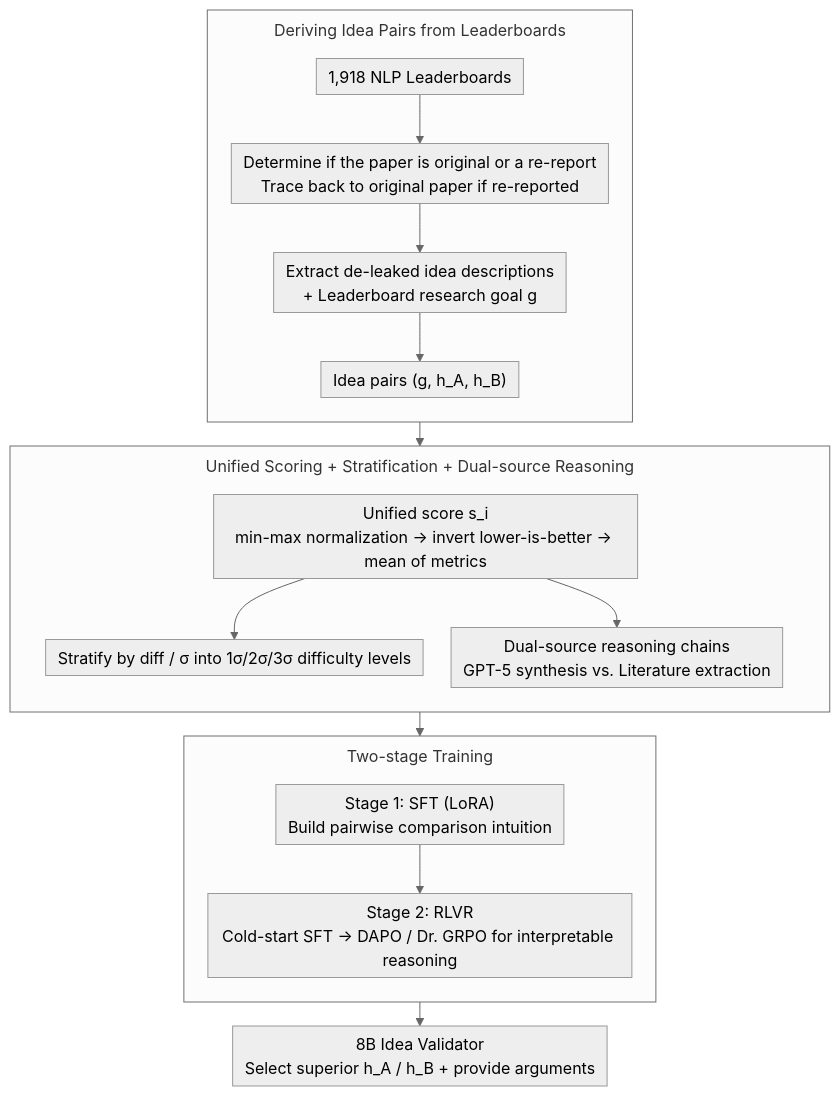
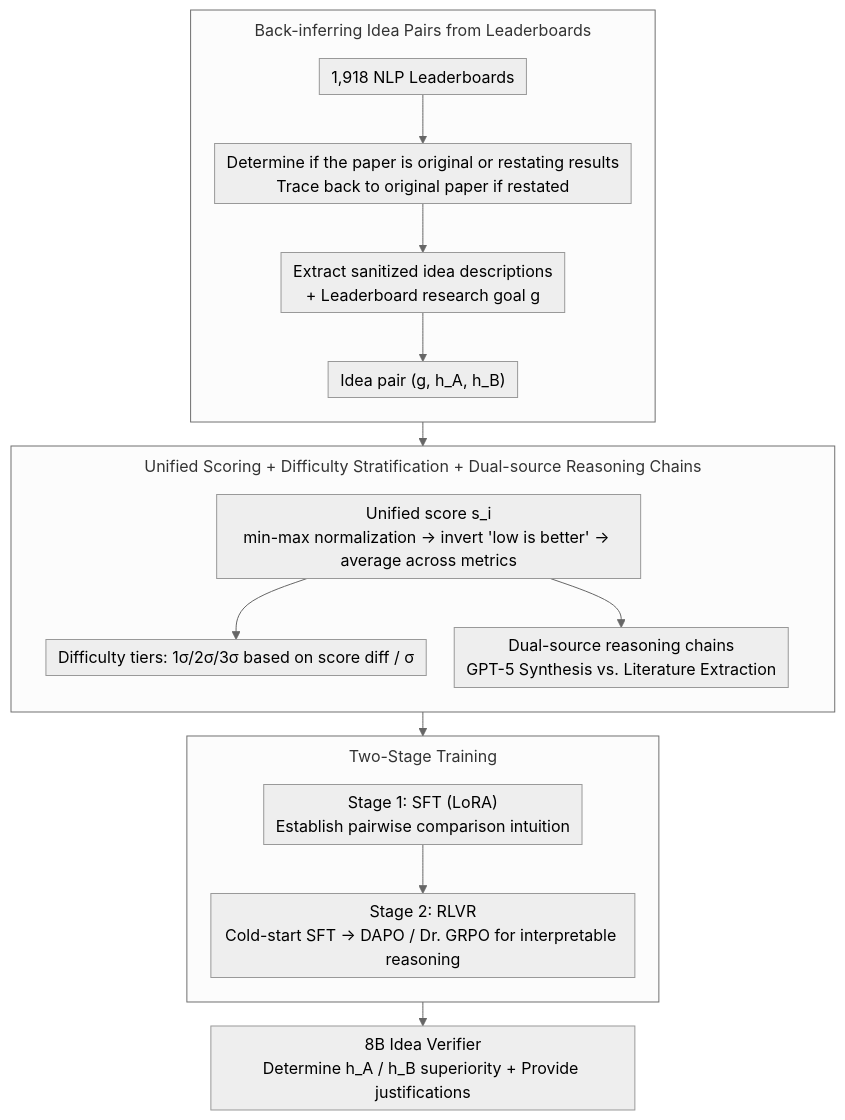
Before and after one commit to zhaoyang97/Paper-Notes-en: the diagram in docs/ACL2026/llm_evaluation/teaching_language_models_to_forecast_research_success_through_comparative_idea_e.md, drawn with Mermaid (neutral theme). The commit also changed other lines of this file and 5084 other files, not shown here.

````diff
--- a/docs/ACL2026/llm_evaluation/teaching_language_models_to_forecast_research_success_through_comparative_idea_e.md
+++ b/docs/ACL2026/llm_evaluation/teaching_language_models_to_forecast_research_success_through_comparative_idea_e.md
@@ -44,22 +44,22 @@
 ```mermaid
 %%{init: {'flowchart': {'rankSpacing': 24, 'nodeSpacing': 28, 'padding': 6, 'wrappingWidth': 400, 'subGraphTitleMargin': {'top': 8, 'bottom': 16}}}}%%
 flowchart TD
-    subgraph DATA["Deriving Idea Pairs from Leaderboards"]
+    subgraph DATA["Back-inferring Idea Pairs from Leaderboards"]
         direction TB
-        A["1,918 NLP Leaderboards"] --> B["Determine if the paper is original or a re-report<br/>Trace back to original paper if re-reported"]
-        B --> C["Extract de-leaked idea descriptions<br/>+ Leaderboard research goal g"]
-        C --> D["Idea pairs (g, h_A, h_B)"]
+        A["1,918 NLP Leaderboards"] --> B["Determine if the paper is original or restating results<br/>Trace back to original paper if restated"]
+        B --> C["Extract sanitized idea descriptions<br/>+ Leaderboard research goal g"]
+        C --> D["Idea pair (g, h_A, h_B)"]
     end
-    subgraph SIGNAL["Unified Scoring + Stratification + Dual-source Reasoning"]
+    subgraph SIGNAL["Unified Scoring + Difficulty Stratification + Dual-source Reasoning Chains"]
         direction TB
-        E["Unified score s_i<br/>min-max normalization → invert lower-is-better → mean of metrics"] --> F["Stratify by diff / σ into 1σ/2σ/3σ difficulty levels"]
-        E --> G["Dual-source reasoning chains<br/>GPT-5 synthesis vs. Literature extraction"]
+        E["Unified score s_i<br/>min-max normalization → invert 'low is better' → average across metrics"] --> F["Difficulty tiers: 1σ/2σ/3σ based on score diff / σ"]
+        E --> G["Dual-source reasoning chains<br/>GPT-5 Synthesis vs. Literature Extraction"]
     end
-    subgraph TRAIN["Two-stage Training"]
+    subgraph TRAIN["Two-Stage Training"]
         direction TB
-        H["Stage 1: SFT (LoRA)<br/>Build pairwise comparison intuition"] --> I["Stage 2: RLVR<br/>Cold-start SFT → DAPO / Dr. GRPO for interpretable reasoning"]
+        H["Stage 1: SFT (LoRA)<br/>Establish pairwise comparison intuition"] --> I["Stage 2: RLVR<br/>Cold-start SFT → DAPO / Dr. GRPO for interpretable reasoning"]
     end
     DATA --> SIGNAL
     SIGNAL --> TRAIN
-    TRAIN --> J["8B Idea Validator<br/>Select superior h_A / h_B + provide arguments"]
+    TRAIN --> J["8B Idea Verifier<br/>Determine h_A / h_B superiority + Provide justifications"]
 ```
````
